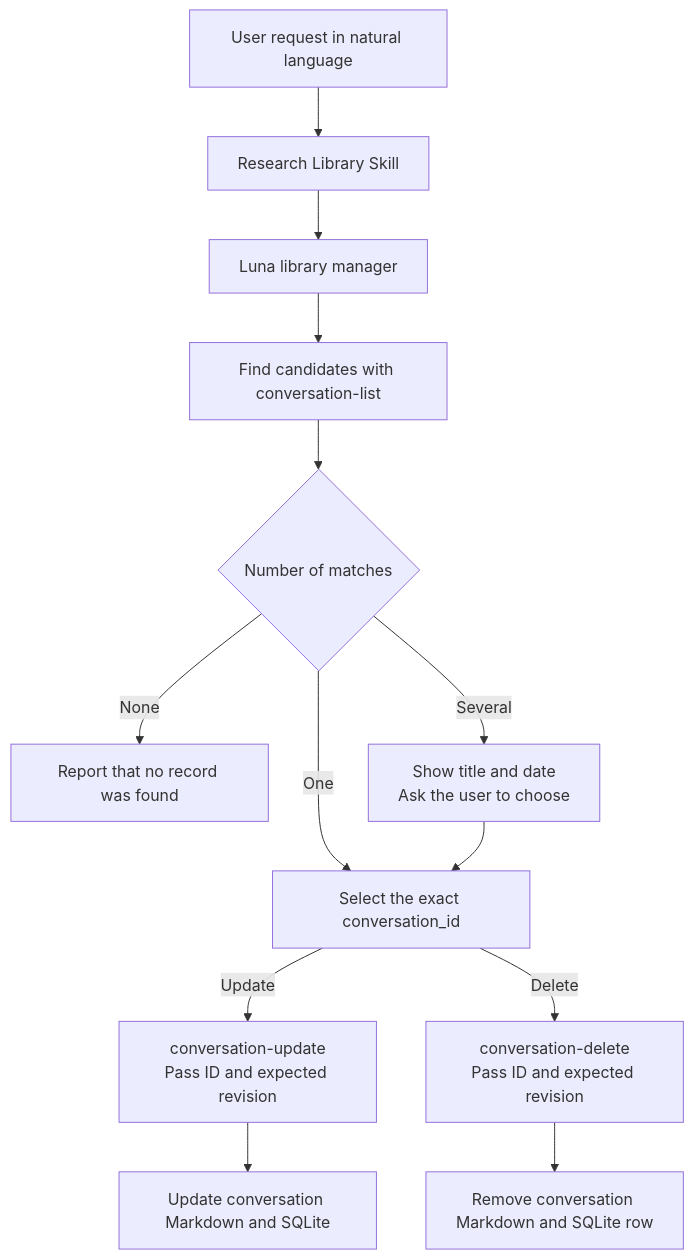
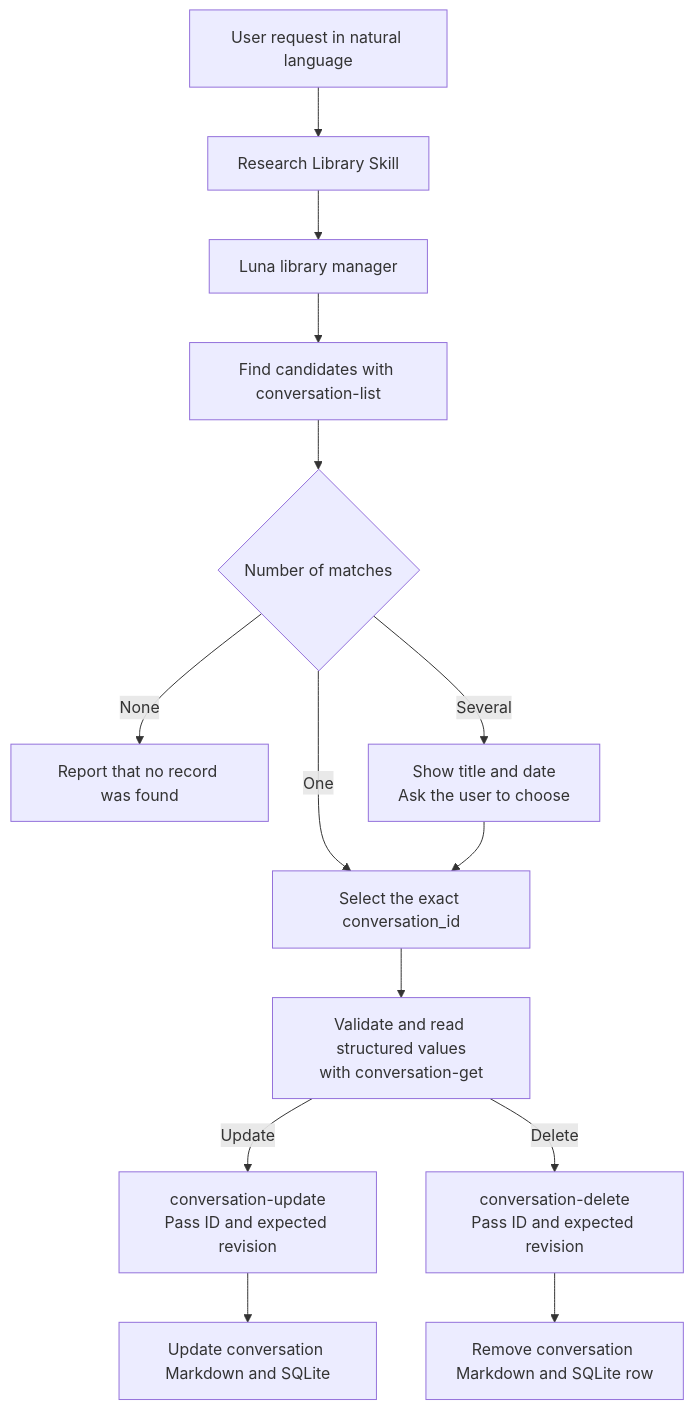
One commit to LWH4Data/research-agent changed the seventh of 9 diagrams in docs/technical/README.en.md. Above: the diagram before and after it, drawn with Mermaid. The commit also changed other lines of this file and 39 other files, not shown here.

````diff
--- a/docs/technical/README.en.md
+++ b/docs/technical/README.en.md
@@ -661,15 +977,16 @@
 ```mermaid
 flowchart TD
     U[User request in natural language] --> S[Research Library Skill]
     S --> A[Luna library manager]
     A --> L[Find candidates with conversation-list]
     L --> M{Number of matches}
     M -->|None| N[Report that no record was found]
     M -->|One| I[Select the exact conversation_id]
     M -->|Several| Q[Show title and date<br/>Ask the user to choose]
     Q --> I
-    I -->|Update| UP[conversation-update<br/>Pass ID and expected revision]
-    I -->|Delete| DE[conversation-delete<br/>Pass ID and expected revision]
+    I --> G[Validate and read structured values<br/>with conversation-get]
+    G -->|Update| UP[conversation-update<br/>Pass ID and expected revision]
+    G -->|Delete| DE[conversation-delete<br/>Pass ID and expected revision]
     UP --> K[Update conversation Markdown and SQLite]
     DE --> X[Remove conversation Markdown and SQLite row]
 ```
````
